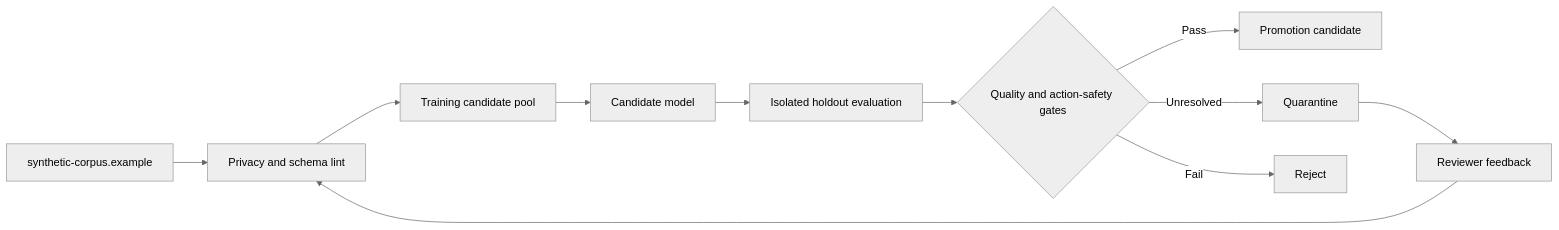
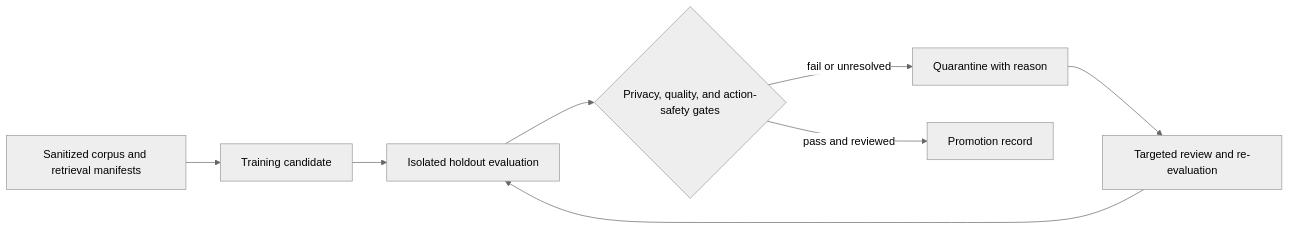
The diagram in docs/ARCHITECTURE.md (GumbiiDigital/dgx-routeros-agent-rsl-flywheel-public), drawn with Mermaid (neutral theme) before and after one commit. The commit also changed 4 other files, not shown here.

````diff
--- a/docs/ARCHITECTURE.md
+++ b/docs/ARCHITECTURE.md
@@ -1,13 +1,10 @@
 ```mermaid
 flowchart LR
-  S["synthetic-corpus.example"] --> P["Privacy and schema lint"]
-  P --> T["Training candidate pool"]
-  T --> M["Candidate model"]
-  M --> H["Isolated holdout evaluation"]
-  H --> G{"Quality and action-safety gates"}
-  G -->|Pass| C["Promotion candidate"]
-  G -->|Unresolved| Q["Quarantine"]
-  G -->|Fail| R["Reject"]
-  Q --> F["Reviewer feedback"]
-  F --> P
+    I["Sanitized corpus and retrieval manifests"] --> T["Training candidate"]
+    T --> H["Isolated holdout evaluation"]
+    H --> Q{"Privacy, quality, and action-safety gates"}
+    Q -->|fail or unresolved| X["Quarantine with reason"]
+    Q -->|pass and reviewed| P["Promotion record"]
+    X --> R["Targeted review and re-evaluation"]
+    R --> H
 ```
````
